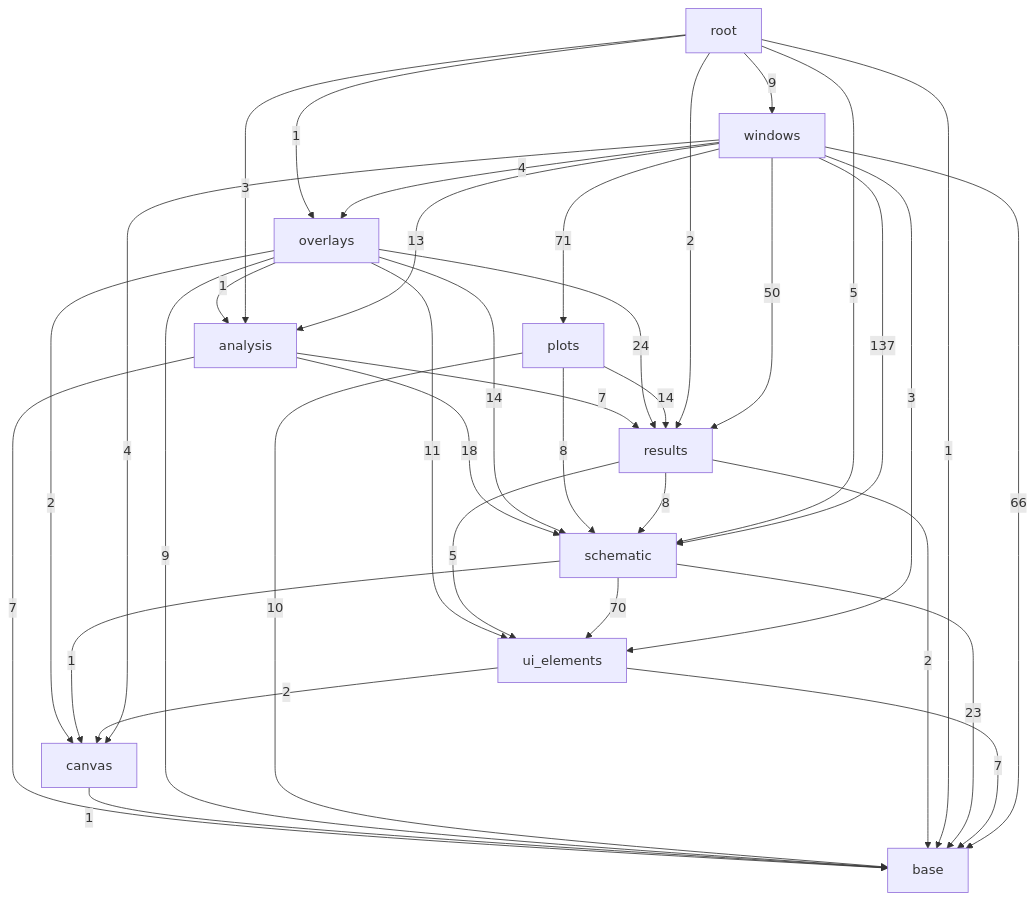
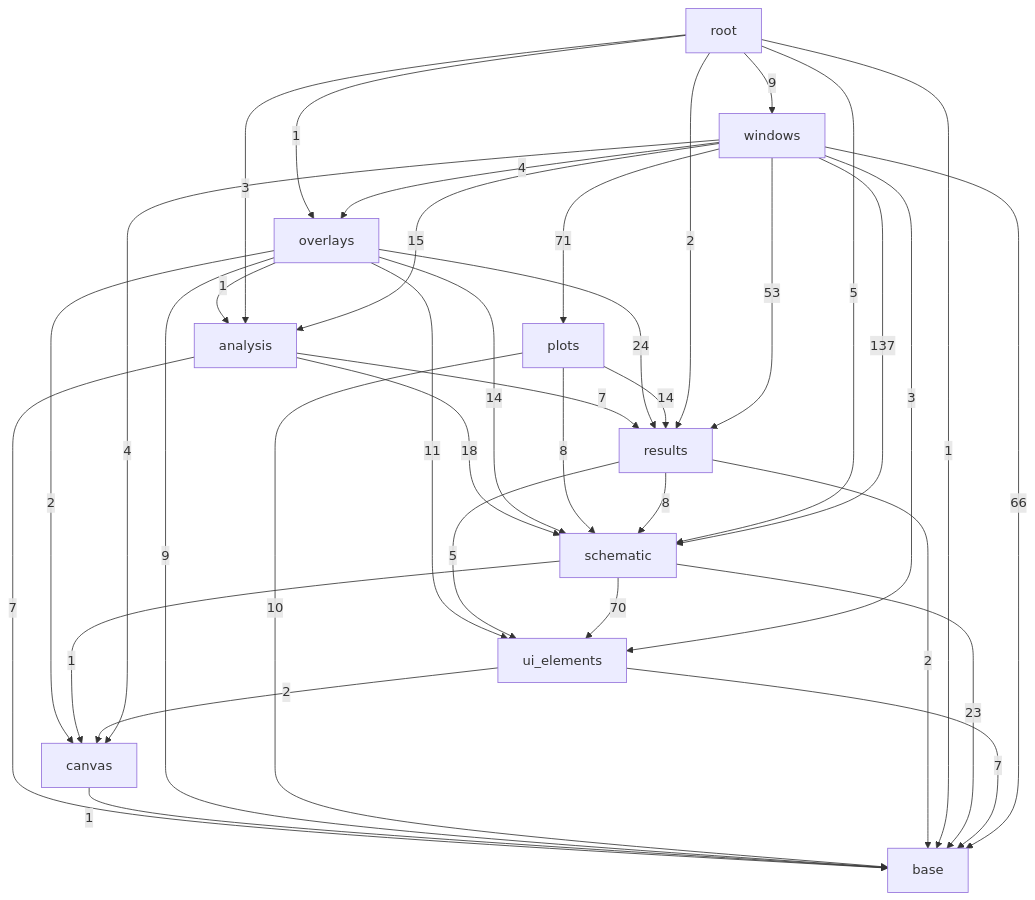
The third of 3 diagrams in docs/architecture.md (ronnymilleo/imcsim), drawn with Mermaid before and after one commit. The commit also changed other lines of this file and 1 other file, not shown here.

Commit message:
Regenerate the include and Nodalys class diagrams

````diff
--- a/docs/architecture.md
+++ b/docs/architecture.md
@@ -56,48 +56,48 @@
 ```mermaid
 flowchart TD
     app_gui_base[base]
     app_gui_canvas[canvas]
     app_gui_ui_elements[ui_elements]
     app_gui_schematic[schematic]
     app_gui_results[results]
     app_gui_analysis[analysis]
     app_gui_plots[plots]
     app_gui_overlays[overlays]
     app_gui_windows[windows]
     app_gui_root[root]
     app_gui_analysis -->|7| app_gui_base
     app_gui_analysis -->|7| app_gui_results
     app_gui_analysis -->|18| app_gui_schematic
     app_gui_canvas -->|1| app_gui_base
     app_gui_overlays -->|1| app_gui_analysis
     app_gui_overlays -->|9| app_gui_base
     app_gui_overlays -->|2| app_gui_canvas
     app_gui_overlays -->|24| app_gui_results
     app_gui_overlays -->|14| app_gui_schematic
     app_gui_overlays -->|11| app_gui_ui_elements
     app_gui_plots -->|10| app_gui_base
     app_gui_plots -->|14| app_gui_results
     app_gui_plots -->|8| app_gui_schematic
     app_gui_results -->|2| app_gui_base
     app_gui_results -->|8| app_gui_schematic
     app_gui_results -->|5| app_gui_ui_elements
     app_gui_root -->|3| app_gui_analysis
     app_gui_root -->|1| app_gui_base
     app_gui_root -->|1| app_gui_overlays
     app_gui_root -->|2| app_gui_results
     app_gui_root -->|5| app_gui_schematic
     app_gui_root -->|9| app_gui_windows
     app_gui_schematic -->|23| app_gui_base
     app_gui_schematic -->|1| app_gui_canvas
     app_gui_schematic -->|70| app_gui_ui_elements
     app_gui_ui_elements -->|7| app_gui_base
     app_gui_ui_elements -->|2| app_gui_canvas
-    app_gui_windows -->|13| app_gui_analysis
+    app_gui_windows -->|15| app_gui_analysis
     app_gui_windows -->|66| app_gui_base
     app_gui_windows -->|4| app_gui_canvas
     app_gui_windows -->|4| app_gui_overlays
     app_gui_windows -->|71| app_gui_plots
-    app_gui_windows -->|50| app_gui_results
+    app_gui_windows -->|53| app_gui_results
     app_gui_windows -->|137| app_gui_schematic
     app_gui_windows -->|3| app_gui_ui_elements
 ```
````
